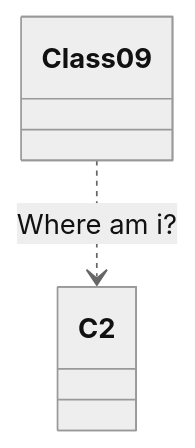
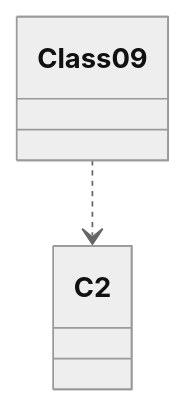
One commit to miaozhuojun/miaozhuojun.github.io changed the third of 3 diagrams in _posts/2021-03-26-Hotspot-intrinsice.md. Above: the diagram before and after it, drawn with Mermaid (neutral theme).

```diff
--- a/_posts/2021-03-26-Hotspot-intrinsice.md
+++ b/_posts/2021-03-26-Hotspot-intrinsice.md
@@ -445,4 +445,4 @@
 <div class="mermaid">
 classDiagram
-Class09 ..> C2 : Where am i?
+Class09 ..> C2
 </div>
```
